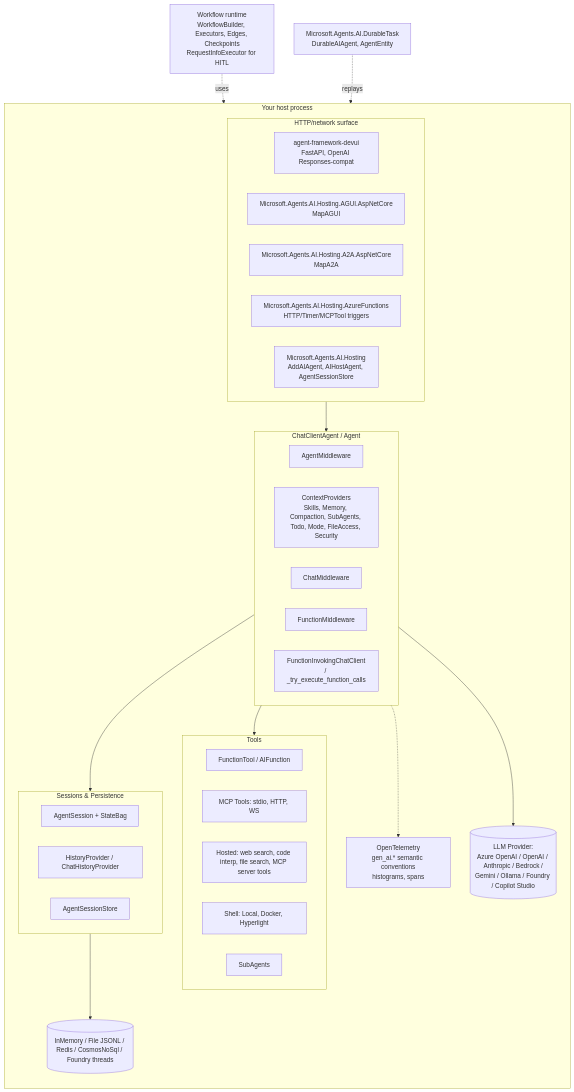
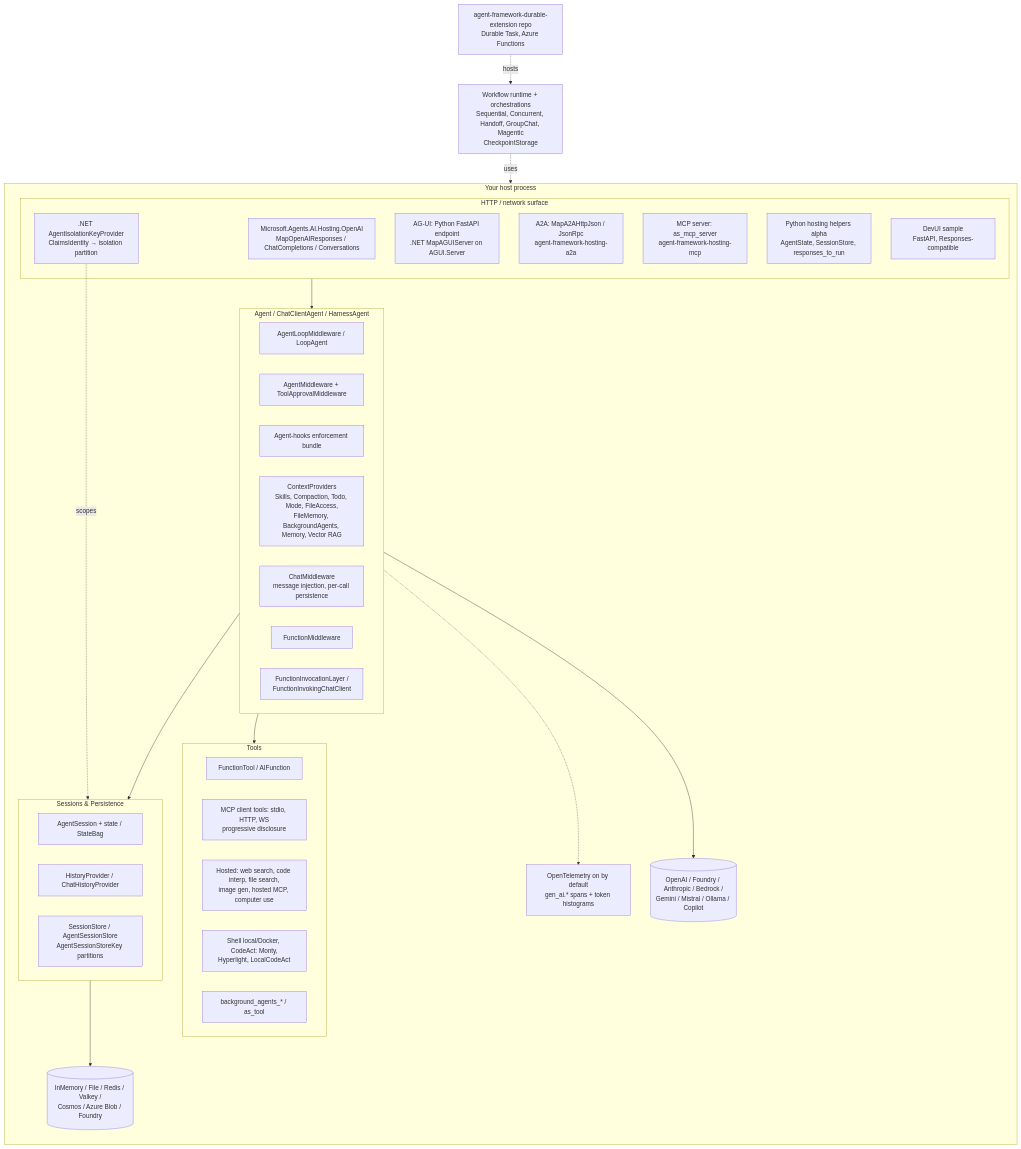
The diagram in docs/reports/microsoft-agent-framework.md (nmvalera/ai-framework-benchmark), drawn with Mermaid before and after one commit. The commit also changed other lines of this file and 18 other files, not shown here.

````diff
--- a/docs/reports/microsoft-agent-framework.md
+++ b/docs/reports/microsoft-agent-framework.md
@@ -1481,49 +1467,51 @@
 ```mermaid
 flowchart TB
   subgraph host[Your host process]
     direction TB
-    subgraph api[HTTP/network surface]
-      DevUI[agent-framework-devui<br/>FastAPI, OpenAI Responses-compat]
-      AGUI[Microsoft.Agents.AI.Hosting.AGUI.AspNetCore<br/>MapAGUI]
-      A2A[Microsoft.Agents.AI.Hosting.A2A.AspNetCore<br/>MapA2A]
-      AzF[Microsoft.Agents.AI.Hosting.AzureFunctions<br/>HTTP/Timer/MCPTool triggers]
-      ASP[Microsoft.Agents.AI.Hosting<br/>AddAIAgent, AIHostAgent, AgentSessionStore]
+    subgraph api[HTTP / network surface]
+      OAI[Microsoft.Agents.AI.Hosting.OpenAI<br/>MapOpenAIResponses / ChatCompletions / Conversations]
+      AGUI[AG-UI: Python FastAPI endpoint<br/>.NET MapAGUIServer on AGUI.Server]
+      A2A[A2A: MapA2AHttpJson / JsonRpc<br/>agent-framework-hosting-a2a]
+      MCPS[MCP server: as_mcp_server<br/>agent-framework-hosting-mcp]
+      PYH[Python hosting helpers alpha<br/>AgentState, SessionStore, responses_to_run]
+      DevUI[DevUI sample<br/>FastAPI, Responses-compatible]
+      ISO[.NET AgentIsolationKeyProvider<br/>ClaimsIdentity → isolation partition]
     end
 
     api --> Agent
+    ISO -.scopes.-> Sess
 
-    subgraph Agent[ChatClientAgent / Agent]
-      AM[AgentMiddleware]
-      CP[ContextProviders<br/>Skills, Memory, Compaction, SubAgents, Todo, Mode, FileAccess, Security]
-      CM[ChatMiddleware]
+    subgraph Agent[Agent / ChatClientAgent / HarnessAgent]
+      LOOP[AgentLoopMiddleware / LoopAgent]
+      AM[AgentMiddleware + ToolApprovalMiddleware]
+      HOOKS[Agent-hooks enforcement bundle]
+      CP[ContextProviders<br/>Skills, Compaction, Todo, Mode, FileAccess,<br/>FileMemory, BackgroundAgents, Memory, Vector RAG]
+      CM[ChatMiddleware<br/>message injection, per-call persistence]
       FM[FunctionMiddleware]
-      FIC[FunctionInvokingChatClient<br/>/ _try_execute_function_calls]
+      FIC[FunctionInvocationLayer /<br/>FunctionInvokingChatClient]
     end
 
     Agent --> Tools
-
     subgraph Tools[Tools]
       FT[FunctionTool / AIFunction]
-      MCP[MCP Tools: stdio, HTTP, WS]
-      HT[Hosted: web search, code interp, file search, MCP server tools]
-      SH[Shell: Local, Docker, Hyperlight]
-      SUB[SubAgents]
+      MCP[MCP client tools: stdio, HTTP, WS<br/>progressive disclosure]
+      HT[Hosted: web search, code interp, file search,<br/>image gen, hosted MCP, computer use]
+      SH[Shell local/Docker, CodeAct: Monty,<br/>Hyperlight, LocalCodeAct]
+      BG[background_agents_* / as_tool]
     end
 
     Agent --> Sess
     subgraph Sess[Sessions & Persistence]
-      AS[AgentSession + StateBag]
+      AS[AgentSession + state / StateBag]
       HP[HistoryProvider / ChatHistoryProvider]
-      ST[AgentSessionStore]
+      ST[SessionStore / AgentSessionStore<br/>AgentSessionStoreKey partitions]
     end
+    Sess --> Stores[(InMemory / File / Redis / Valkey /<br/>Cosmos / Azure Blob / Foundry)]
 
-    Sess --> Stores[(InMemory / File JSONL / Redis / CosmosNoSql / Foundry threads)]
-
-    Agent -.-> OTel[OpenTelemetry<br/>gen_ai.* semantic conventions<br/>histograms, spans]
-
-    Agent --> LLM[(LLM Provider:<br/>Azure OpenAI / OpenAI / Anthropic / Bedrock /<br/>Gemini / Ollama / Foundry / Copilot Studio)]
+    Agent -.-> OTel[OpenTelemetry on by default<br/>gen_ai.* spans + token histograms]
+    Agent --> LLM[(OpenAI / Foundry / Anthropic / Bedrock /<br/>Gemini / Mistral / Ollama / Copilot)]
   end
 
-  WF[Workflow runtime<br/>WorkflowBuilder, Executors, Edges, Checkpoints<br/>RequestInfoExecutor for HITL] -.uses.-> Agent
-  DT[Microsoft.Agents.AI.DurableTask<br/>DurableAIAgent, AgentEntity] -.replays.-> Agent
+  WF[Workflow runtime + orchestrations<br/>Sequential, Concurrent, Handoff, GroupChat, Magentic<br/>CheckpointStorage] -.uses.-> Agent
+  DT[agent-framework-durable-extension repo<br/>Durable Task, Azure Functions] -.hosts.-> WF
 ```
````
